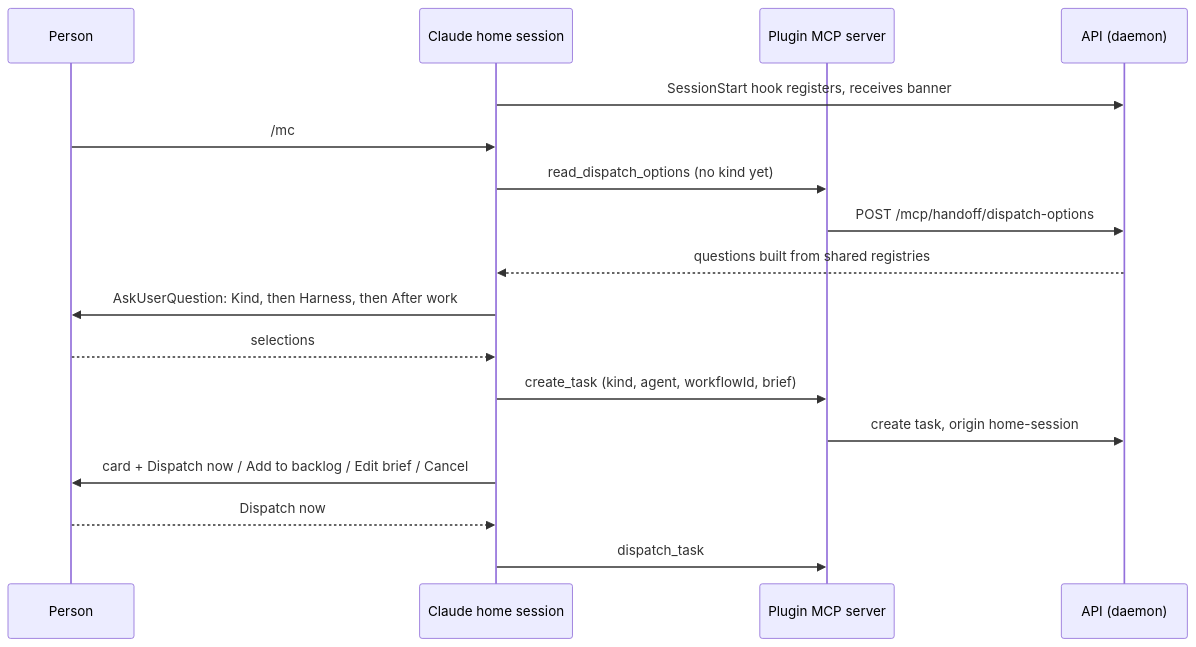
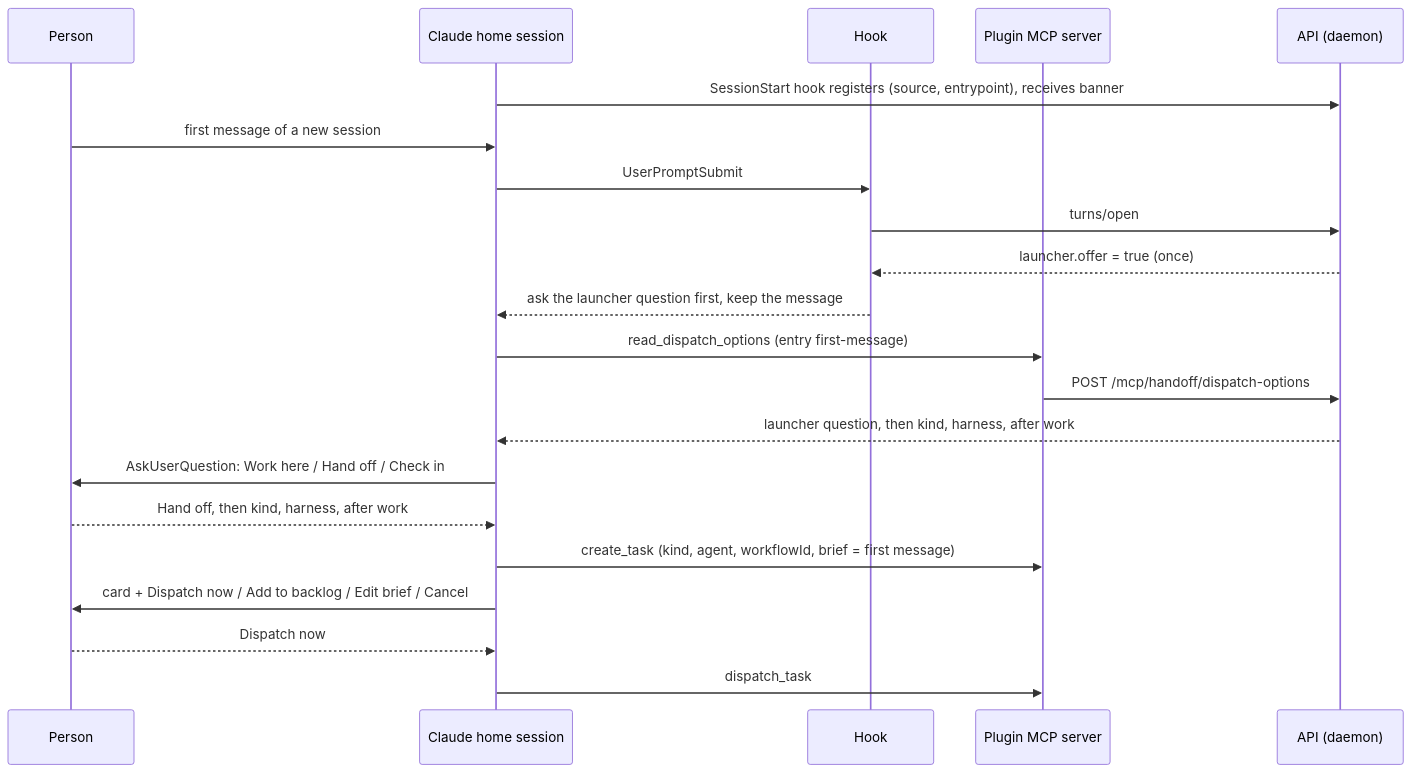
Before and after one commit to teamupstart/mission-control: the diagram in docs/plans/headless-mode/plan.md, drawn with Mermaid. The commit also changed other lines of this file and 11 other files, not shown here.

First line of the commit message:
docs(plans): ask the launcher automatically on the first message of a new session

````diff
--- a/docs/plans/headless-mode/plan.md
+++ b/docs/plans/headless-mode/plan.md
@@ -44,19 +47,23 @@
 ```mermaid
 sequenceDiagram
   participant P as Person
   participant C as Claude home session
+  participant H as Hook
   participant M as Plugin MCP server
   participant A as API (daemon)
-  C->>A: SessionStart hook registers, receives banner
-  P->>C: /mc
-  C->>M: read_dispatch_options (no kind yet)
+  C->>A: SessionStart hook registers (source, entrypoint), receives banner
+  P->>C: first message of a new session
+  C->>H: UserPromptSubmit
+  H->>A: turns/open
+  A-->>H: launcher.offer = true (once)
+  H-->>C: ask the launcher question first, keep the message
+  C->>M: read_dispatch_options (entry first-message)
   M->>A: POST /mcp/handoff/dispatch-options
-  A-->>C: questions built from shared registries
-  C->>P: AskUserQuestion: Kind, then Harness, then After work
-  P-->>C: selections
-  C->>M: create_task (kind, agent, workflowId, brief)
-  M->>A: create task, origin home-session
+  A-->>C: launcher question, then kind, harness, after work
+  C->>P: AskUserQuestion: Work here / Hand off / Check in
+  P-->>C: Hand off, then kind, harness, after work
+  C->>M: create_task (kind, agent, workflowId, brief = first message)
   C->>P: card + Dispatch now / Add to backlog / Edit brief / Cancel
   P-->>C: Dispatch now
   C->>M: dispatch_task
 ```
````
